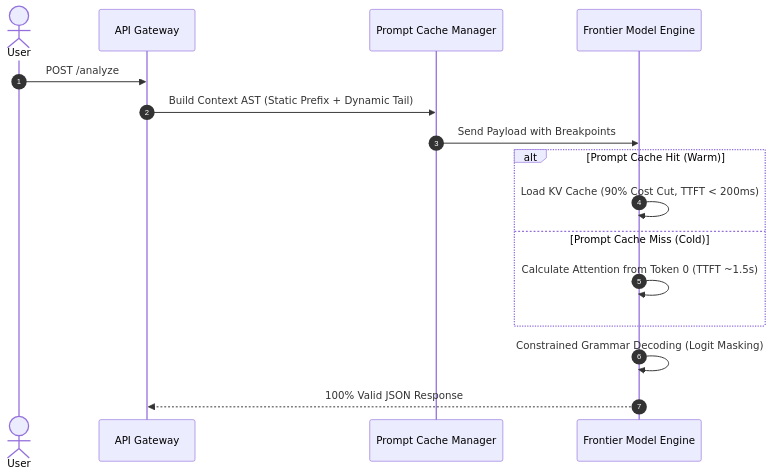
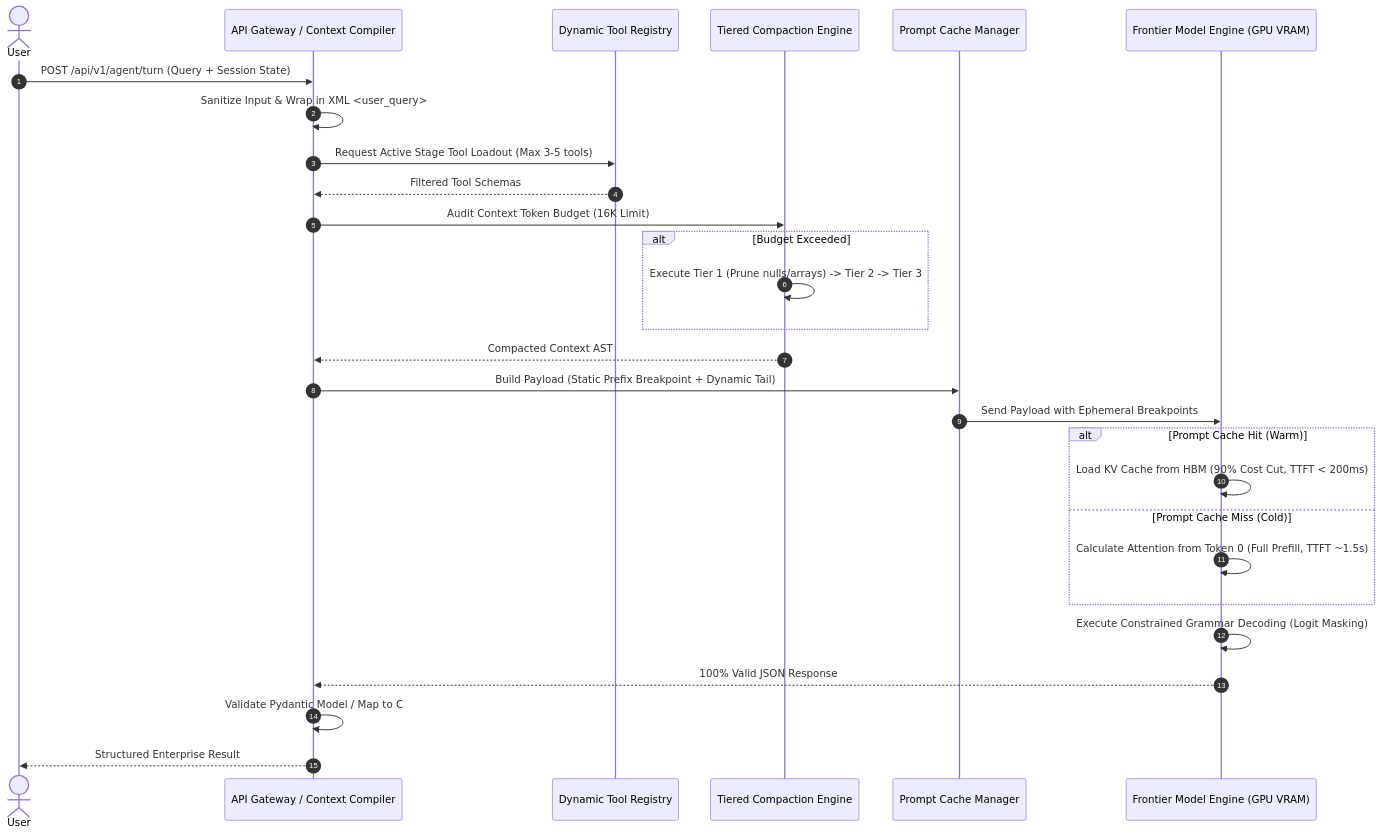
Diagram 13 of 13 in 01-prompt-and-context-engineering/README.md (dip4k/senior-engineer-to-ai-engineer-roadmap), drawn with Mermaid before and after one commit. The commit also changed other lines of this file and 15 other files, not shown here.

Commit message:
Complete 2026 AI Engineer roadmap enhancements: Context Engineering master discipline, Agent Memory lab, reasoning models, EU AI Act governance guide, Top 15 beginner mistakes, and diagram sanity pass

````diff
--- a/01-prompt-and-context-engineering/README.md
+++ b/01-prompt-and-context-engineering/README.md
@@ -192,21 +763,35 @@
 ```mermaid
 sequenceDiagram
     autonumber
     actor User
-    participant Gateway as API Gateway
+    participant Gateway as API Gateway / Context Compiler
+    participant Registry as Dynamic Tool Registry
+    participant Compactor as Tiered Compaction Engine
     participant Cache as Prompt Cache Manager
-    participant LLM as Frontier Model Engine
+    participant LLM as Frontier Model Engine (GPU VRAM)
 
-    User->>Gateway: POST /analyze
-    Gateway->>Cache: Build Context AST (Static Prefix + Dynamic Tail)
-    Cache->>LLM: Send Payload with Breakpoints
+    User->>Gateway: POST /api/v1/agent/turn (Query + Session State)
+    Gateway->>Gateway: Sanitize Input & Wrap in XML <user_query>
+    Gateway->>Registry: Request Active Stage Tool Loadout (Max 3-5 tools)
+    Registry-->>Gateway: Filtered Tool Schemas
+    
+    Gateway->>Compactor: Audit Context Token Budget (16K Limit)
+    alt Budget Exceeded
+        Compactor->>Compactor: Execute Tier 1 (Prune nulls/arrays) -> Tier 2 -> Tier 3
+    end
+    Compactor-->>Gateway: Compacted Context AST
+    
+    Gateway->>Cache: Build Payload (Static Prefix Breakpoint + Dynamic Tail)
+    Cache->>LLM: Send Payload with Ephemeral Breakpoints
     
     alt Prompt Cache Hit (Warm)
-        LLM->>LLM: Load KV Cache (90% Cost Cut, TTFT < 200ms)
+        LLM->>LLM: Load KV Cache from HBM (90% Cost Cut, TTFT < 200ms)
     else Prompt Cache Miss (Cold)
-        LLM->>LLM: Calculate Attention from Token 0 (TTFT ~1.5s)
+        LLM->>LLM: Calculate Attention from Token 0 (Full Prefill, TTFT ~1.5s)
     end
     
-    LLM->>LLM: Constrained Grammar Decoding (Logit Masking)
+    LLM->>LLM: Execute Constrained Grammar Decoding (Logit Masking)
     LLM-->>Gateway: 100% Valid JSON Response
+    Gateway->>Gateway: Validate Pydantic Model / Map to C# POCO
+    Gateway-->>User: Structured Enterprise Result
 ```
````
